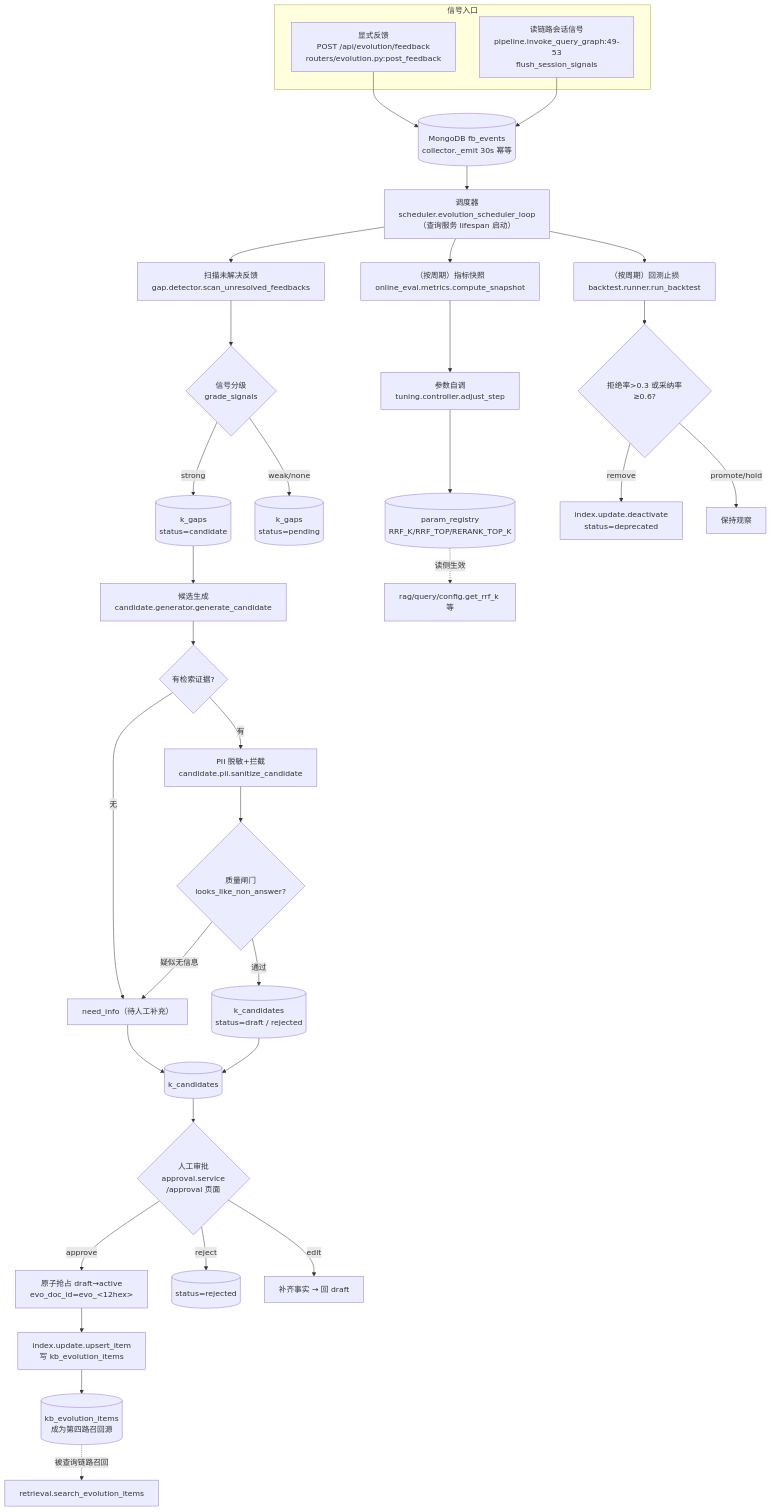
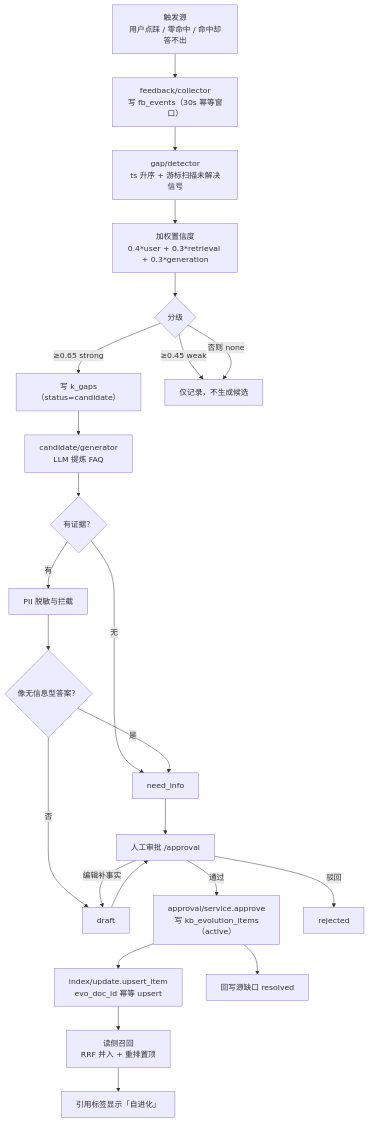
Before and after one commit to LZX842056112/se_rag: the sixth of 10 diagrams in docs/se_rag-技术讲解文档.md, drawn with Mermaid. The commit also changed other lines of this file and 3 other files, not shown here.

````diff
--- a/docs/se_rag-技术讲解文档.md
+++ b/docs/se_rag-技术讲解文档.md
@@ -365,41 +271,26 @@
 ```mermaid
 flowchart TD
-    subgraph IN["信号入口"]
-        I1["显式反馈<br/>POST /api/evolution/feedback<br/>routers/evolution.py:post_feedback"]
-        I2["读链路会话信号<br/>pipeline.invoke_query_graph:49-53<br/>flush_session_signals"]
-    end
-    I1 --> FB[("MongoDB fb_events<br/>collector._emit 30s 幂等")]
-    I2 --> FB
-
-    FB --> SCHED["调度器<br/>scheduler.evolution_scheduler_loop<br/>（查询服务 lifespan 启动）"]
-    SCHED --> S1["扫描未解决反馈<br/>gap.detector.scan_unresolved_feedbacks"]
-    S1 --> S2{"信号分级<br/>grade_signals"}
-    S2 -- "strong" --> GAP[("k_gaps<br/>status=candidate")]
-    S2 -- "weak/none" --> GAP2[("k_gaps<br/>status=pending")]
-    GAP --> GEN["候选生成<br/>candidate.generator.generate_candidate"]
-    GEN --> Q1{"有检索证据?"}
-    Q1 -- 无 --> NI["need_info（待人工补充）"]
-    Q1 -- 有 --> PII["PII 脱敏+拦截<br/>candidate.pii.sanitize_candidate"]
-    PII --> Q2{"质量闸门<br/>looks_like_non_answer?"}
-    Q2 -- 疑似无信息 --> NI
-    Q2 -- 通过 --> DRAFT[("k_candidates<br/>status=draft / rejected")]
-    NI --> CAND[("k_candidates")]
-    DRAFT --> CAND
-
-    CAND --> APR{"人工审批<br/>approval.service<br/>/approval 页面"}
-    APR -- "approve" --> ACT["原子抢占 draft→active<br/>evo_doc_id=evo_<12hex>"]
-    APR -- "reject" --> REJ[("status=rejected")]
-    APR -- "edit" --> EDIT["补齐事实 → 回 draft"]
-    ACT --> UPS["index.update.upsert_item<br/>写 kb_evolution_items"]
-    UPS --> REC[("kb_evolution_items<br/>成为第四路召回源")]
-    REC -. 被查询链路召回 .-> RET["retrieval.search_evolution_items"]
-
-    SCHED --> M1["（按周期）指标快照<br/>online_eval.metrics.compute_snapshot"]
-    M1 --> M2["参数自调<br/>tuning.controller.adjust_step"]
-    M2 --> PR[("param_registry<br/>RRF_K/RRF_TOP/RERANK_TOP_K")]
-    PR -. 读侧生效 .-> READ["rag/query/config.get_rrf_k 等"]
-    SCHED --> B1["（按周期）回测止损<br/>backtest.runner.run_backtest"]
-    B1 --> B2{"拒绝率>0.3 或采纳率≥0.6?"}
-    B2 -- remove --> DEACT["index.update.deactivate<br/>status=deprecated"]
-    B2 -- promote/hold --> KEEP["保持观察"]
+    A["触发源<br/>用户点踩 / 零命中 / 命中却答不出"] --> B["feedback/collector<br/>写 fb_events（30s 幂等窗口）"]
+    B --> C["gap/detector<br/>ts 升序 + 游标扫描未解决信号"]
+    C --> D["加权置信度<br/>0.4*user + 0.3*retrieval + 0.3*generation"]
+    D --> E{"分级"}
+    E -- "≥0.65 strong" --> F["写 k_gaps（status=candidate）"]
+    E -- "≥0.45 weak" --> W["仅记录，不生成候选"]
+    E -- "否则 none" --> W
+    F --> G["candidate/generator<br/>LLM 提炼 FAQ"]
+    G --> G1{"有证据？"}
+    G1 -- 无 --> G2["need_info"]
+    G1 -- 有 --> G3["PII 脱敏与拦截"]
+    G3 --> G4{"像无信息型答案？"}
+    G4 -- 是 --> G2
+    G4 -- 否 --> G5["draft"]
+    G2 --> H["人工审批 /approval"]
+    G5 --> H
+    H -- 编辑补事实 --> G5
+    H -- 通过 --> I["approval/service.approve<br/>写 kb_evolution_items（active）"]
+    H -- 驳回 --> J["rejected"]
+    I --> K["index/update.upsert_item<br/>evo_doc_id 幂等 upsert"]
+    K --> L["读侧召回<br/>RRF 并入 + 重排置顶"]
+    L --> M["引用标签显示「自进化」"]
+    I --> N["回写源缺口 resolved"]
 ```
````
